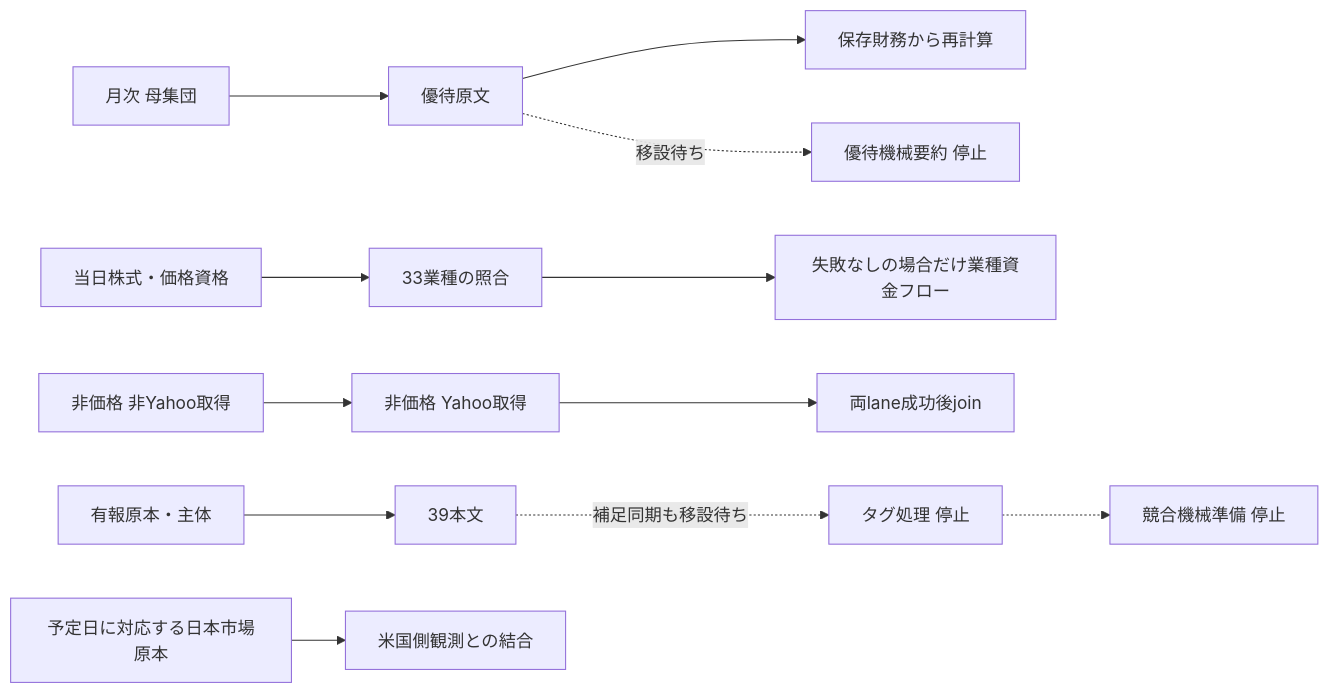
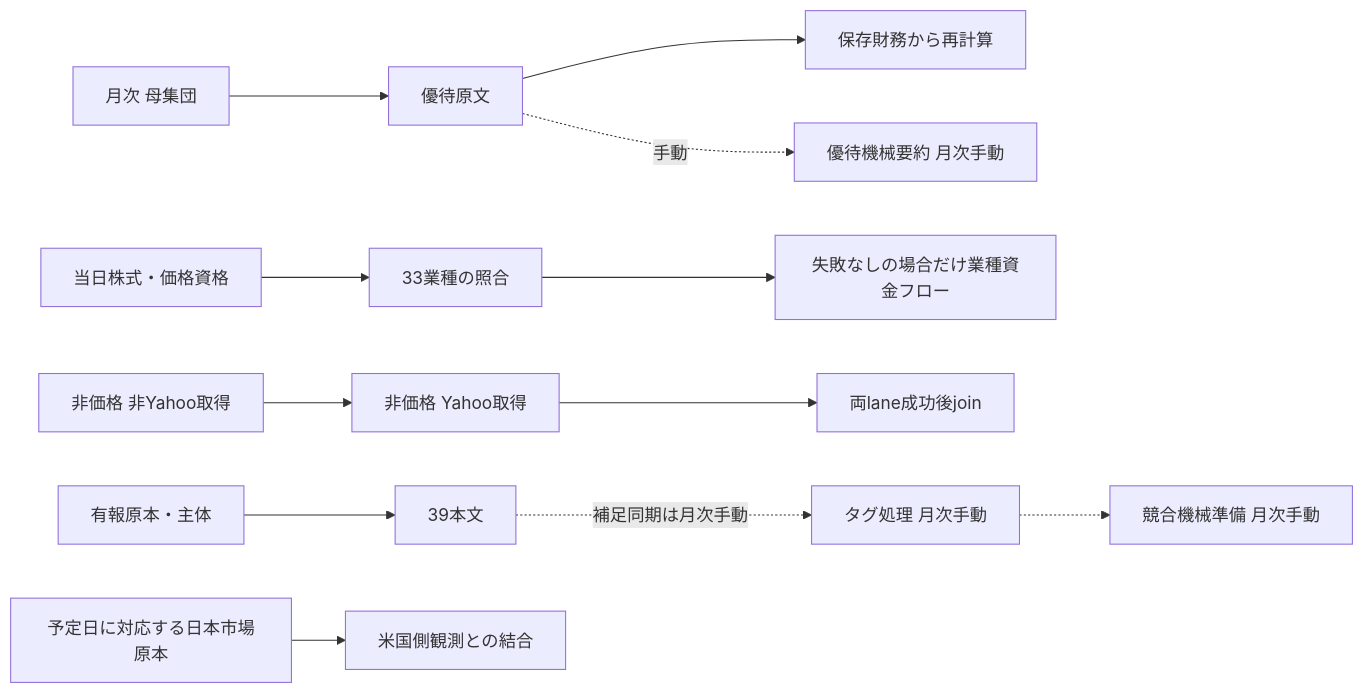
Before and after one commit to satoki252595/kabulab_tool_cloudflare: the diagram in docs/production-job-inventory.md, drawn with Mermaid. The commit also changed other lines of this file and 14 other files, not shown here.

````diff
--- a/docs/production-job-inventory.md
+++ b/docs/production-job-inventory.md
@@ -23,14 +23,14 @@
 ```mermaid
 flowchart LR
   universe[月次 母集団] --> benefits[優待原文]
   benefits --> score[保存財務から再計算]
-  benefits -. 移設待ち .-> summary[優待機械要約 停止]
+  benefits -. 手動 .-> summary[優待機械要約 月次手動]
   prices[当日株式・価格資格] --> sector[33業種の照合]
   sector --> flow[失敗なしの場合だけ業種資金フロー]
   nonYahoo[非価格 非Yahoo取得] --> yahoo[非価格 Yahoo取得]
   yahoo --> join[両lane成功後join]
   source[有報原本・主体] --> body[39本文]
-  body -. 補足同期も移設待ち .-> tags[タグ処理 停止]
-  tags -.-> prep[競合機械準備 停止]
+  body -. 補足同期は月次手動 .-> tags[タグ処理 月次手動]
+  tags -.-> prep[競合機械準備 月次手動]
   jp[予定日に対応する日本市場原本] --> macro[米国側観測との結合]
 ```
````
